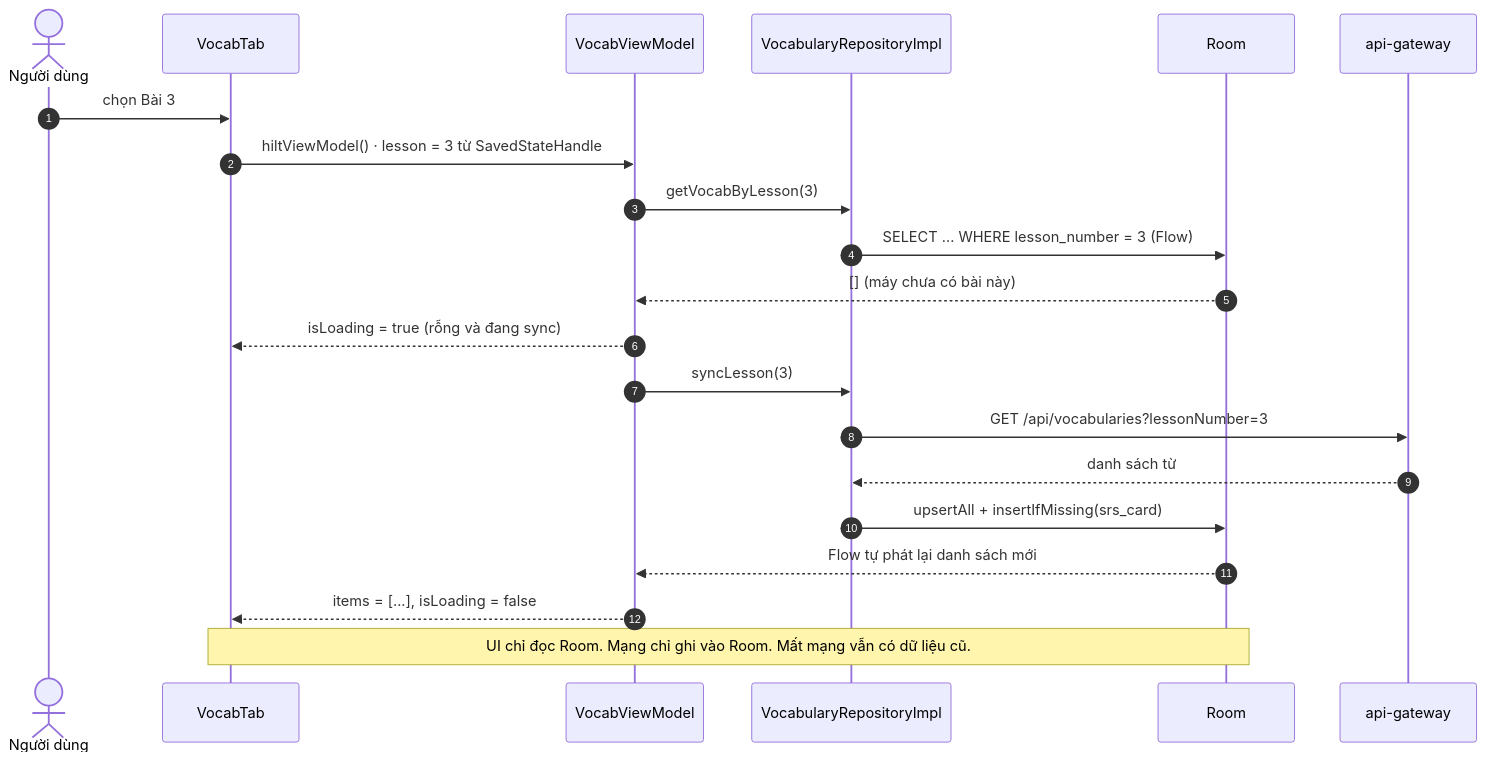
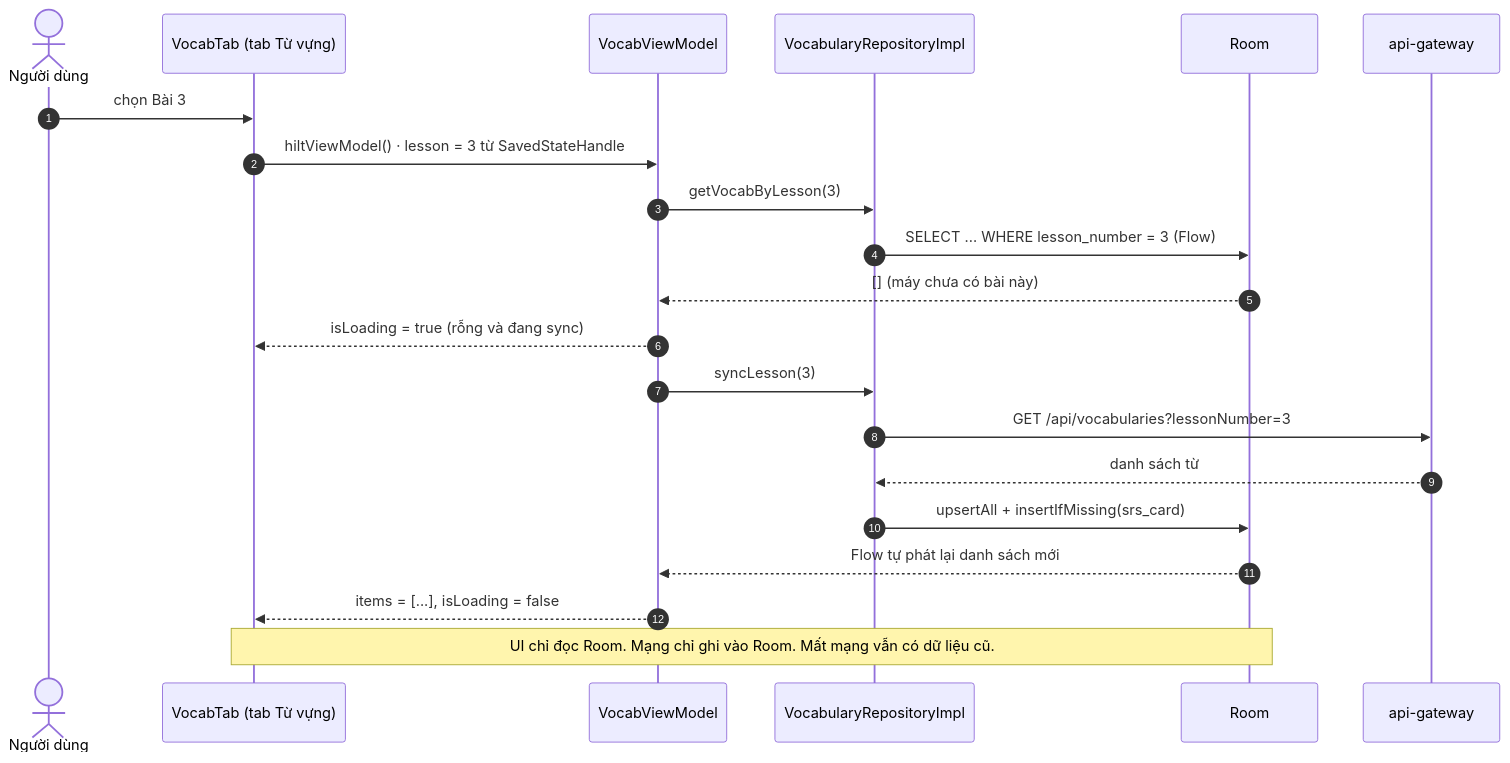
The second of 2 diagrams in docs/learn-android-kotlin.md (letiendungdn/edu-app-nihongo), drawn with Mermaid before and after one commit. The commit also changed other lines of this file and 73 other files, not shown here.

````diff
--- a/docs/learn-android-kotlin.md
+++ b/docs/learn-android-kotlin.md
@@ -196,23 +265,23 @@
 ```mermaid
 sequenceDiagram
   autonumber
   actor U as Người dùng
-  participant S as VocabTab
+  participant S as VocabTab (tab Từ vựng)
   participant VM as VocabViewModel
   participant R as VocabularyRepositoryImpl
   participant DB as Room
   participant API as api-gateway
   U->>S: chọn Bài 3
   S->>VM: hiltViewModel() · lesson = 3 từ SavedStateHandle
   VM->>R: getVocabByLesson(3)
   R->>DB: SELECT ... WHERE lesson_number = 3 (Flow)
   DB-->>VM: [] (máy chưa có bài này)
   VM-->>S: isLoading = true (rỗng và đang sync)
   VM->>R: syncLesson(3)
   R->>API: GET /api/vocabularies?lessonNumber=3
   API-->>R: danh sách từ
   R->>DB: upsertAll + insertIfMissing(srs_card)
   DB-->>VM: Flow tự phát lại danh sách mới
   VM-->>S: items = [...], isLoading = false
   Note over S,DB: UI chỉ đọc Room. Mạng chỉ ghi vào Room. Mất mạng vẫn có dữ liệu cũ.
 ```
````
